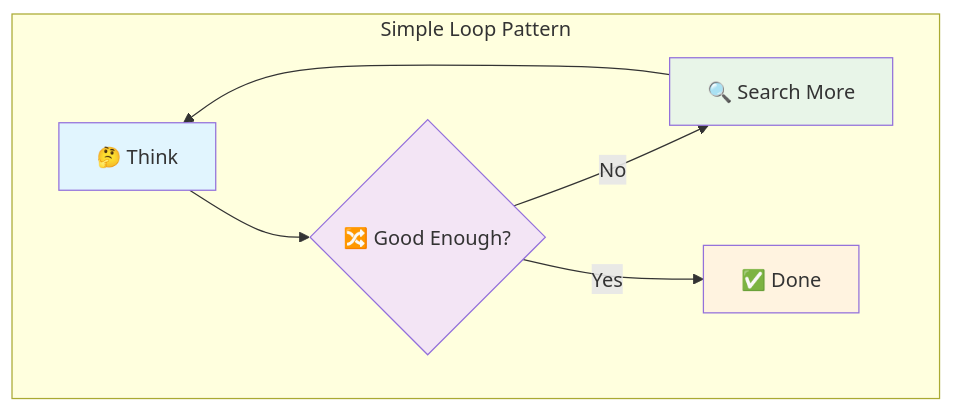
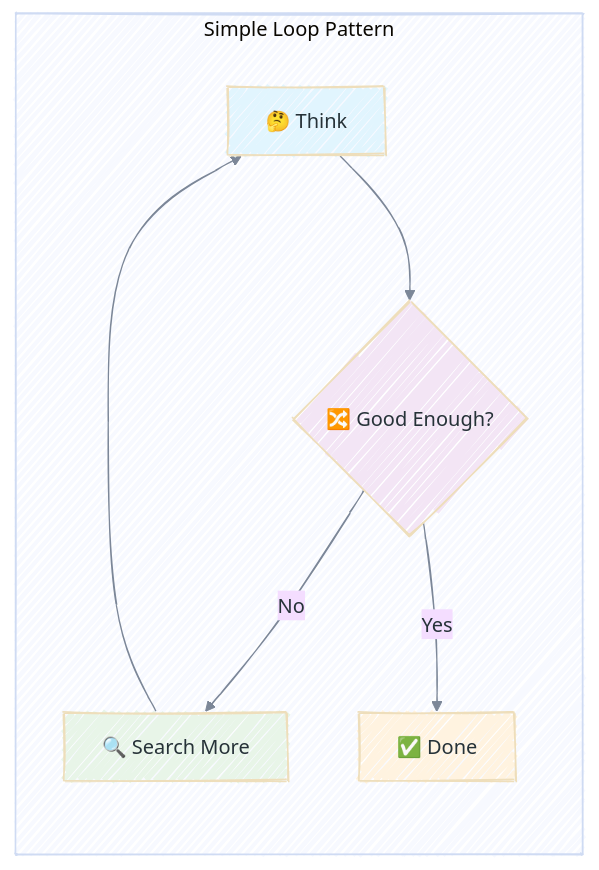
Before and after one commit to enogrob/enogrob.github.io: the fourth of 18 diagrams in _posts/2025-07-17-pocket-flow-llm-graph-framework.md, drawn with Mermaid. The commit also changed other lines of this file and 12 other files, not shown here.

````diff
--- a/_posts/2025-07-17-pocket-flow-llm-graph-framework.md
+++ b/_posts/2025-07-17-pocket-flow-llm-graph-framework.md
@@ -230,14 +233,15 @@
 ```mermaid!
-graph 
+%%{init: {"theme": "base", "look": "handDrawn", "themeVariables": {"fontFamily": "ui-sans-serif, system-ui, sans-serif", "lineColor": "#7c8798", "primaryTextColor": "#263238"}, "flowchart": {"nodeSpacing": 55, "rankSpacing": 90}}}%%
+flowchart LR
     subgraph "Simple Loop Pattern"
         A["🤔 Think"] --> B{"🔀 Good Enough?"}
         B -->|No| C["🔍 Search More"]
         B -->|Yes| D["✅ Done"]
         C --> A
     end
     
     style A fill:#e1f5fe
     style B fill:#f3e5f5
     style C fill:#e8f5e8
     style D fill:#fff3e0
 ```
````
